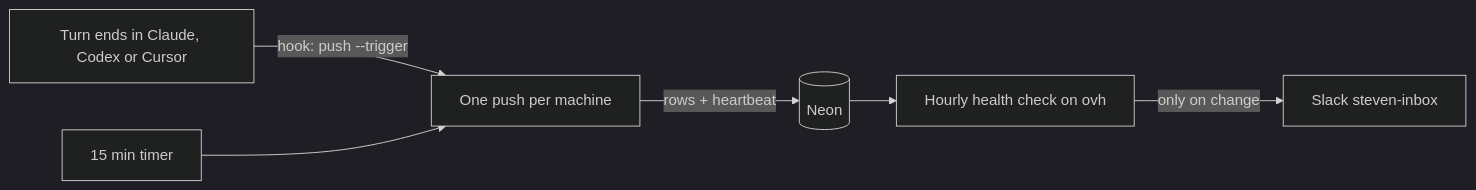
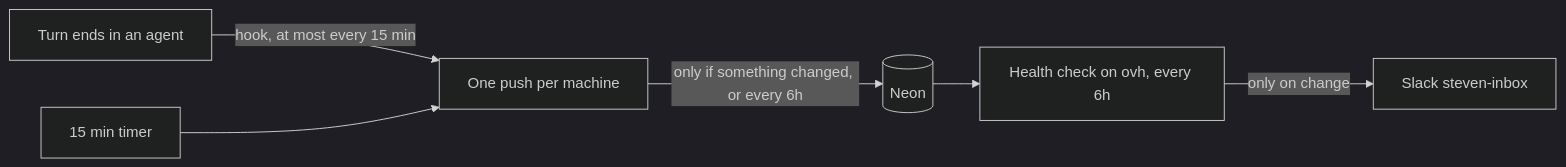
One commit to stevmolina/agent-sessions changed the diagram in docs/remote-sync.md. Above: the diagram before and after it, drawn with Mermaid (dark theme). The commit also changed other lines of this file and 15 other files, not shown here.

First line of the commit message:
Let the Neon database sleep: push only when something changed (#12)

````diff
--- a/docs/remote-sync.md
+++ b/docs/remote-sync.md
@@ -42,8 +42,8 @@
 ```mermaid
 flowchart LR
-  T[Turn ends in Claude, Codex or Cursor] -->|hook: push --trigger| P[One push per machine]
+  T[Turn ends in an agent] -->|hook, at most every 15 min| P[One push per machine]
   C[15 min timer] --> P
-  P -->|rows + heartbeat| DB[(Neon)]
-  DB --> H[Hourly health check on ovh]
+  P -->|only if something changed, or every 6h| DB[(Neon)]
+  DB --> H[Health check on ovh, every 6h]
   H -->|only on change| S[Slack steven-inbox]
 ```
````
